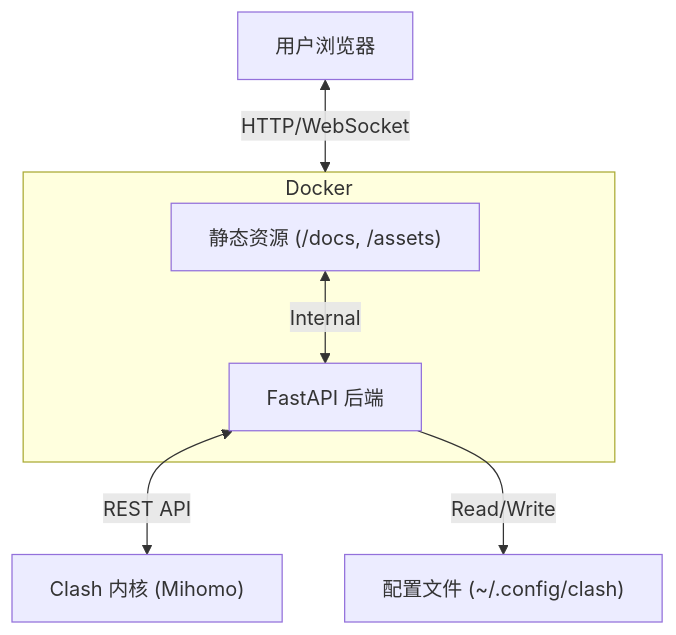
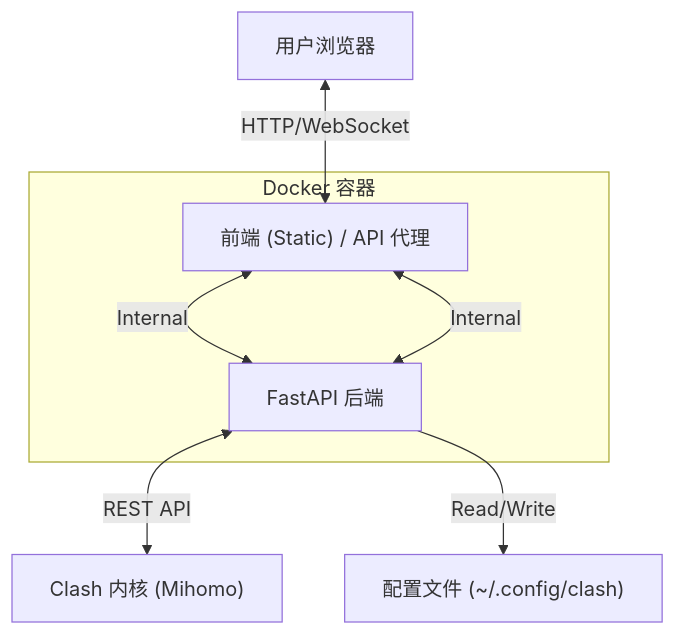
Before and after one commit to qxd-ljy/clashwebui: the diagram in README.md, drawn with Mermaid.

Commit message:
Docs: Fix Mermaid diagram syntax conflict

````diff
--- a/README.md
+++ b/README.md
@@ -29,11 +29,10 @@
 ```mermaid
 graph TD
-    User["用户浏览器"] <--> |HTTP/WebSocket| Docker["Docker Container (ClashWebUI)"]
-    subgraph Docker
-        Web["静态资源 (/docs, /assets)"]
-        Server["FastAPI 后端"]
+    User["用户浏览器"] <--> |HTTP/WebSocket| Web["前端 (Static) / API 代理"]
+    subgraph DockerEnv [Docker 容器]
+        Web <--> |Internal| Server["FastAPI 后端"]
     end
     Web <--> |Internal| Server
     Server <--> |REST API| Kernel["Clash 内核 (Mihomo)"]
     Server --> |Read/Write| Config["配置文件 (~/.config/clash)"]
 ```
````
